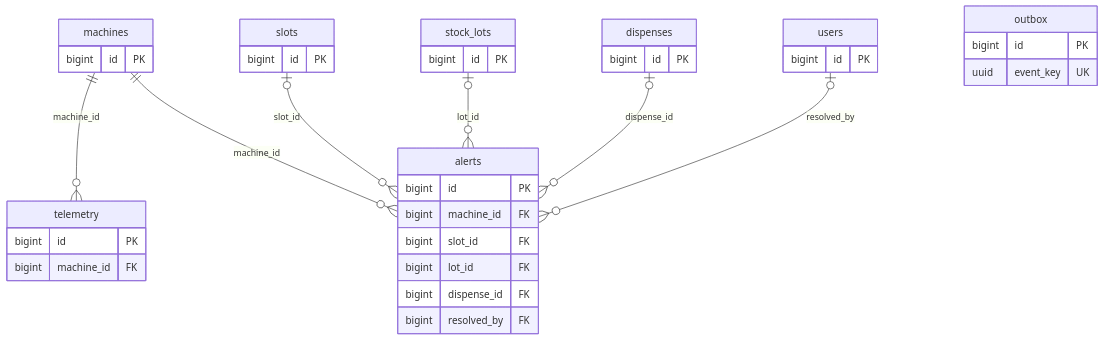
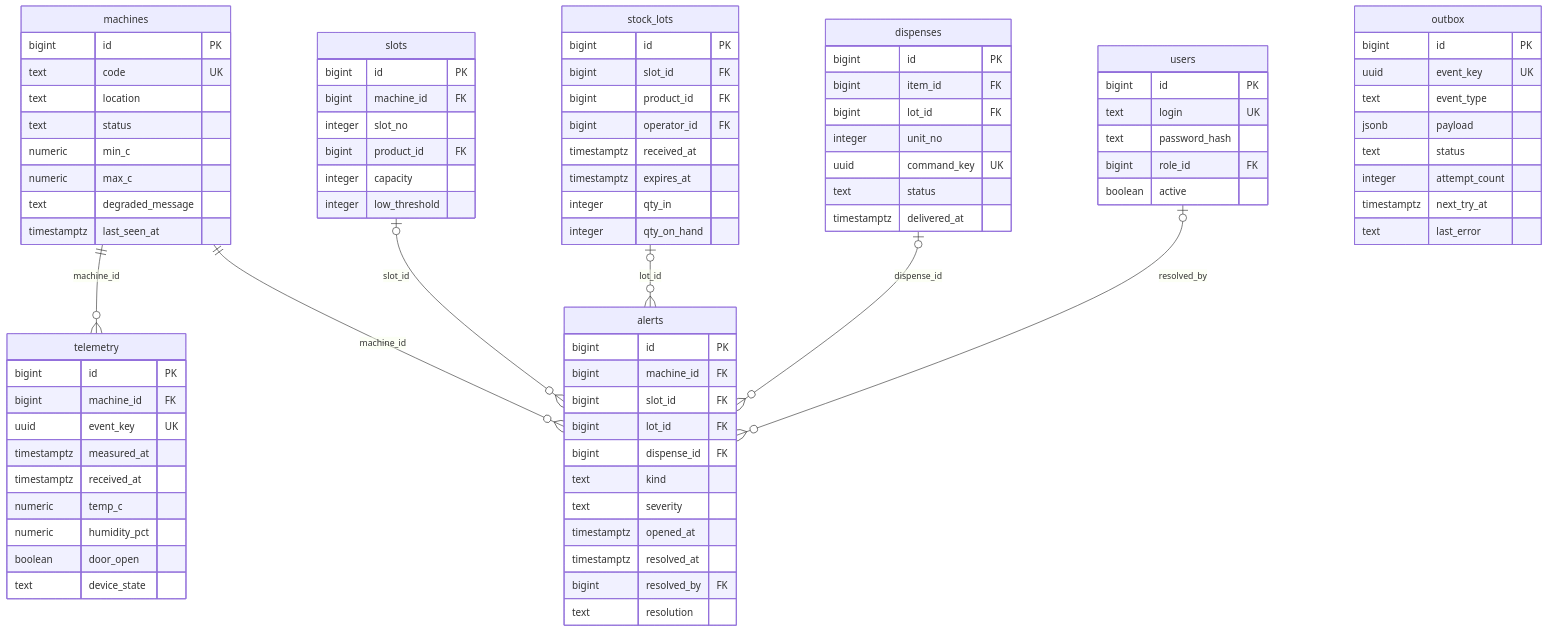
The third of 3 diagrams in 04_Database-Design.md (huyendt9315-beep/Lap-trinh-java), drawn with Mermaid before and after one commit. The commit also changed other lines of this file, not shown here.

```diff
--- a/04_Database-Design.md
+++ b/04_Database-Design.md
@@ -300,22 +369,58 @@
 erDiagram
     machines {
         bigint id PK
+        text code UK
+        text location
+        text status
+        numeric min_c
+        numeric max_c
+        text degraded_message
+        timestamptz last_seen_at
     }
     slots {
         bigint id PK
+        bigint machine_id FK
+        integer slot_no
+        bigint product_id FK
+        integer capacity
+        integer low_threshold
     }
     stock_lots {
         bigint id PK
+        bigint slot_id FK
+        bigint product_id FK
+        bigint operator_id FK
+        timestamptz received_at
+        timestamptz expires_at
+        integer qty_in
+        integer qty_on_hand
     }
     dispenses {
         bigint id PK
+        bigint item_id FK
+        bigint lot_id FK
+        integer unit_no
+        uuid command_key UK
+        text status
+        timestamptz delivered_at
     }
     users {
         bigint id PK
+        text login UK
+        text password_hash
+        bigint role_id FK
+        boolean active
     }
     telemetry {
         bigint id PK
         bigint machine_id FK
+        uuid event_key UK
+        timestamptz measured_at
+        timestamptz received_at
+        numeric temp_c
+        numeric humidity_pct
+        boolean door_open
+        text device_state
     }
     alerts {
         bigint id PK
@@ -323,11 +428,22 @@
         bigint slot_id FK
         bigint lot_id FK
         bigint dispense_id FK
+        text kind
+        text severity
+        timestamptz opened_at
+        timestamptz resolved_at
         bigint resolved_by FK
+        text resolution
     }
     outbox {
         bigint id PK
         uuid event_key UK
+        text event_type
+        jsonb payload
+        text status
+        integer attempt_count
+        timestamptz next_try_at
+        text last_error
     }
 
     machines ||--o{ telemetry : machine_id
```
